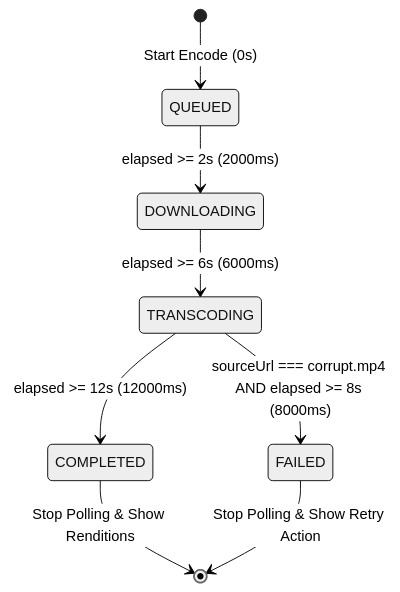
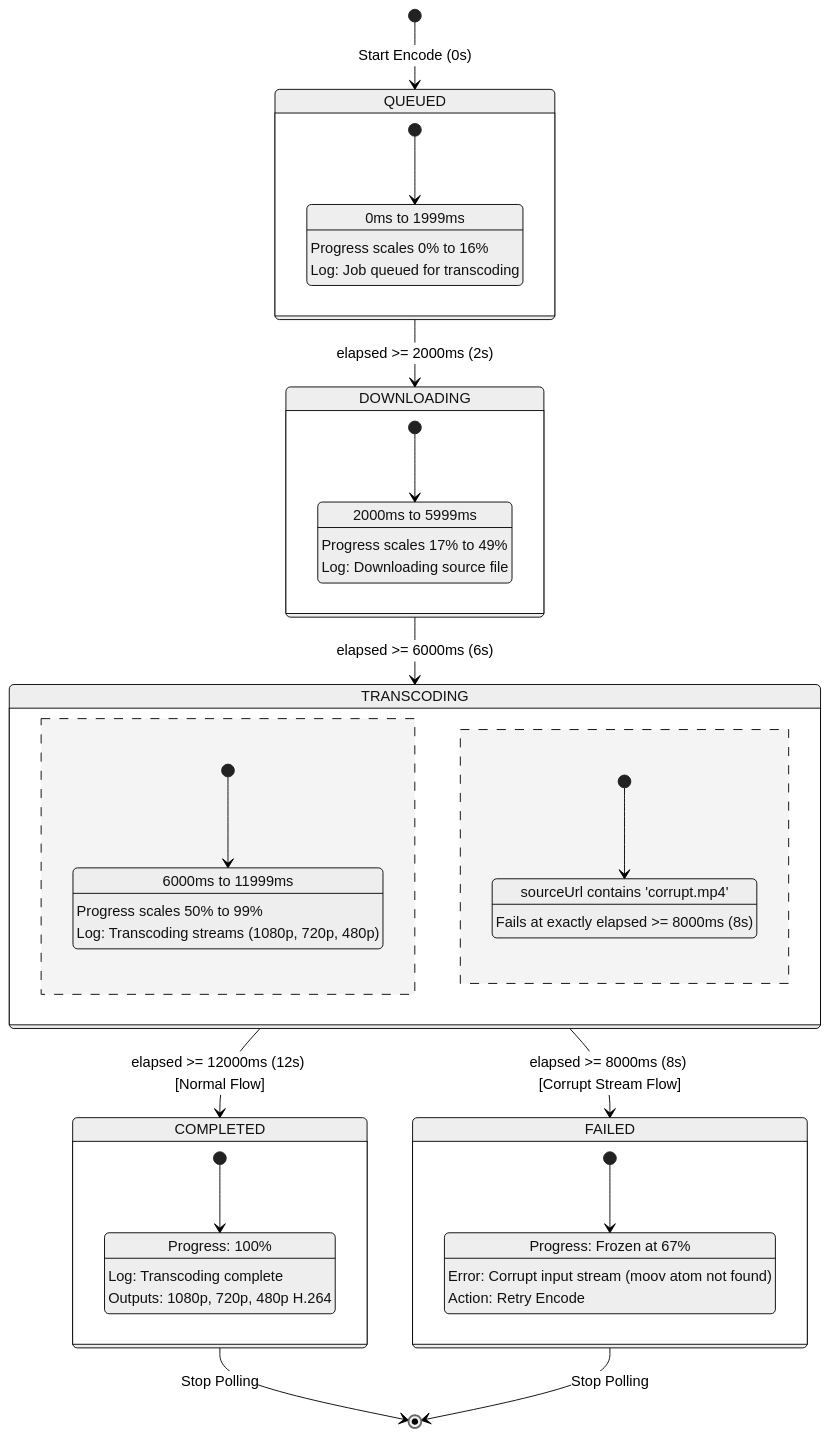
The second of 3 diagrams in README.md (Tharun4743/encodr-lite-take-home), drawn with Mermaid (neutral theme) before and after one commit. The commit also changed other lines of this file, not shown here.

Commit message:
docs: update comprehensive candidate write-up, detailed Mermaid architecture, and evaluation answers based on BRIEF.md

````diff
--- a/README.md
+++ b/README.md
@@ -152,11 +103,55 @@
 ```mermaid
 stateDiagram-v2
     [*] --> QUEUED : Start Encode (0s)
-    QUEUED --> DOWNLOADING : elapsed >= 2s (2000ms)
-    DOWNLOADING --> TRANSCODING : elapsed >= 6s (6000ms)
-    TRANSCODING --> COMPLETED : elapsed >= 12s (12000ms)
-    TRANSCODING --> FAILED : sourceUrl === corrupt.mp4 AND elapsed >= 8s (8000ms)
     
-    COMPLETED --> [*] : Stop Polling & Show Renditions
-    FAILED --> [*] : Stop Polling & Show Retry Action
+    state QUEUED {
+        [*] --> Q_Progress
+        Q_Progress: 0ms to 1999ms
+        Q_Progress: Progress scales 0% to 16%
+        Q_Progress: Log: Job queued for transcoding
+    }
+    
+    QUEUED --> DOWNLOADING : elapsed >= 2000ms (2s)
+    
+    state DOWNLOADING {
+        [*] --> DL_Progress
+        DL_Progress: 2000ms to 5999ms
+        DL_Progress: Progress scales 17% to 49%
+        DL_Progress: Log: Downloading source file
+    }
+    
+    DOWNLOADING --> TRANSCODING : elapsed >= 6000ms (6s)
+    
+    state TRANSCODING {
+        [*] --> Normal_Encode
+        Normal_Encode: 6000ms to 11999ms
+        Normal_Encode: Progress scales 50% to 99%
+        Normal_Encode: Log: Transcoding streams (1080p, 720p, 480p)
+        
+        --
+        
+        [*] --> Corrupt_Detection
+        Corrupt_Detection: sourceUrl contains 'corrupt.mp4'
+        Corrupt_Detection: Fails at exactly elapsed >= 8000ms (8s)
+    }
+    
+    TRANSCODING --> COMPLETED : elapsed >= 12000ms (12s) [Normal Flow]
+    TRANSCODING --> FAILED : elapsed >= 8000ms (8s) [Corrupt Stream Flow]
+    
+    state COMPLETED {
+        [*] --> Renditions_Ready
+        Renditions_Ready: Progress: 100%
+        Renditions_Ready: Log: Transcoding complete
+        Renditions_Ready: Outputs: 1080p, 720p, 480p H.264
+    }
+    
+    state FAILED {
+        [*] --> Error_Halt
+        Error_Halt: Progress: Frozen at 67%
+        Error_Halt: Error: Corrupt input stream (moov atom not found)
+        Error_Halt: Action: Retry Encode
+    }
+
+    COMPLETED --> [*] : Stop Polling
+    FAILED --> [*] : Stop Polling
 ```
````
